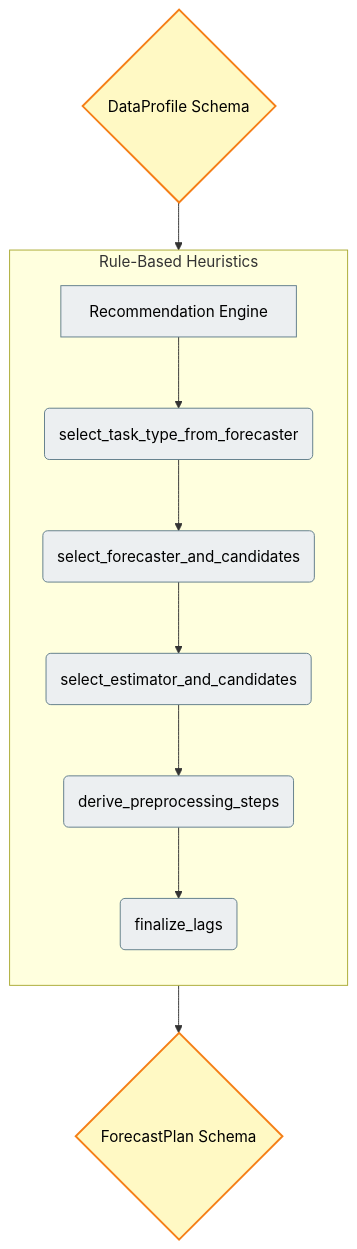
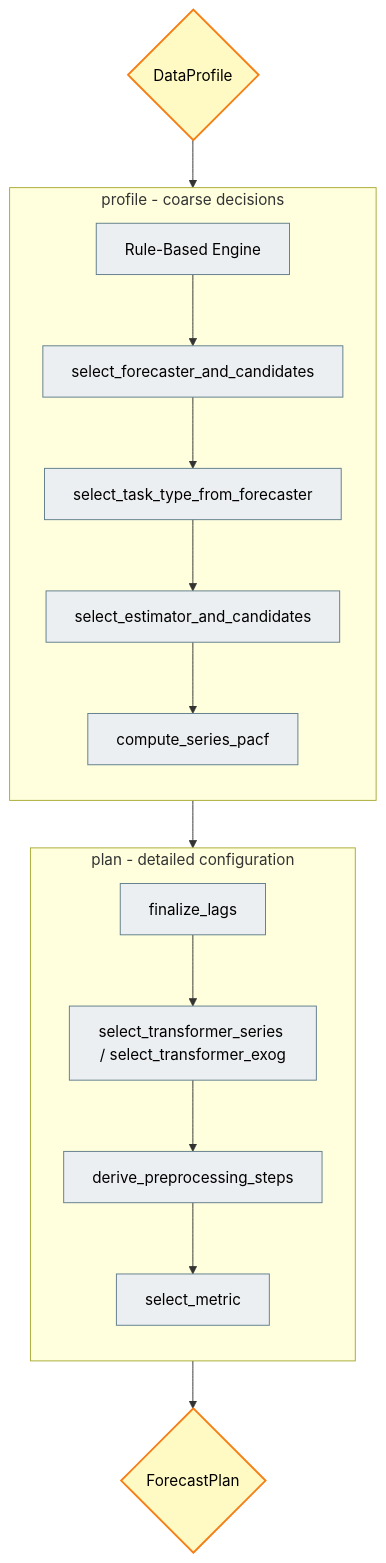
One commit to skforecast/skforecast-ai changed the fourth of 8 diagrams in docs/user_guides/architecture-and-logic.md. Above: the diagram before and after it, drawn with Mermaid. The commit also changed other lines of this file, not shown here.

````diff
--- a/docs/user_guides/architecture-and-logic.md
+++ b/docs/user_guides/architecture-and-logic.md
@@ -103,18 +120,26 @@
 ```mermaid
 flowchart TD
     classDef schema fill:#fff9c4,stroke:#f57f17,stroke-width:2px,color:#000
     classDef func fill:#eceff1,stroke:#607d8b,stroke-width:1px,color:#000
 
-    A{DataProfile Schema}:::schema --> B[Recommendation Engine]:::func
-    
-    subgraph Rule-Based Heuristics
+    A{DataProfile}:::schema --> B[Rule-Based Engine]:::func
+
+    subgraph Profile_Stage[profile - coarse decisions]
         direction TB
-        B --> C1(select_task_type_from_forecaster):::func
-        C1 --> C2(select_forecaster_and_candidates):::func
-        C2 --> C3(select_estimator_and_candidates):::func
-        C3 --> C4(derive_preprocessing_steps):::func
-        C4 --> C5(finalize_lags):::func
+        B --> P1[select_forecaster_and_candidates]:::func
+        P1 --> P2[select_task_type_from_forecaster]:::func
+        P2 --> P3[select_estimator_and_candidates]:::func
+        P3 --> P4[compute_series_pacf]:::func
     end
-    
-    C5 --> D{ForecastPlan Schema}:::schema
+
+    subgraph Plan_Stage[plan - detailed configuration]
+        direction TB
+        Q1[finalize_lags]:::func
+        Q1 --> Q2[select_transformer_series / select_transformer_exog]:::func
+        Q2 --> Q3[derive_preprocessing_steps]:::func
+        Q3 --> Q4[select_metric]:::func
+    end
+
+    P4 --> Q1
+    Q4 --> D{ForecastPlan}:::schema
 ```
````
